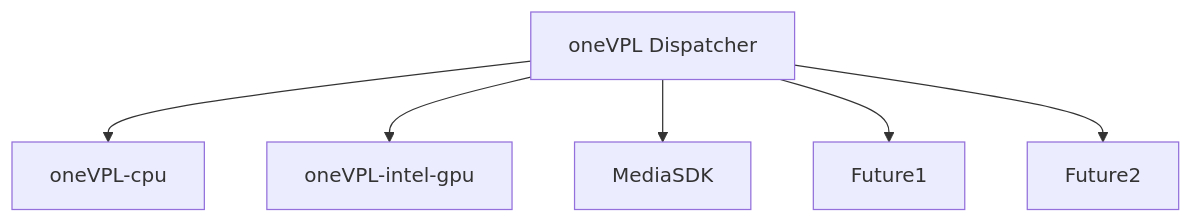
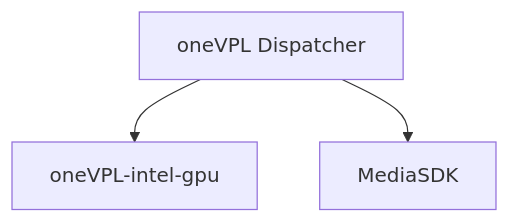
The diagram in README.md (intel/libvpl), drawn with Mermaid before and after one commit. The commit also changed other lines of this file and 2 other files, not shown here.

````diff
--- a/README.md
+++ b/README.md
@@ -27,8 +23,5 @@
 ```mermaid
 graph TD;
-    VPL[oneVPL Dispatcher]-->oneVPL-cpu;
     VPL[oneVPL Dispatcher]-->oneVPL-intel-gpu;
     VPL[oneVPL Dispatcher]-->MediaSDK;
-    VPL[oneVPL Dispatcher]-->Future1;
-    VPL[oneVPL Dispatcher]-->Future2;
 ```
````
